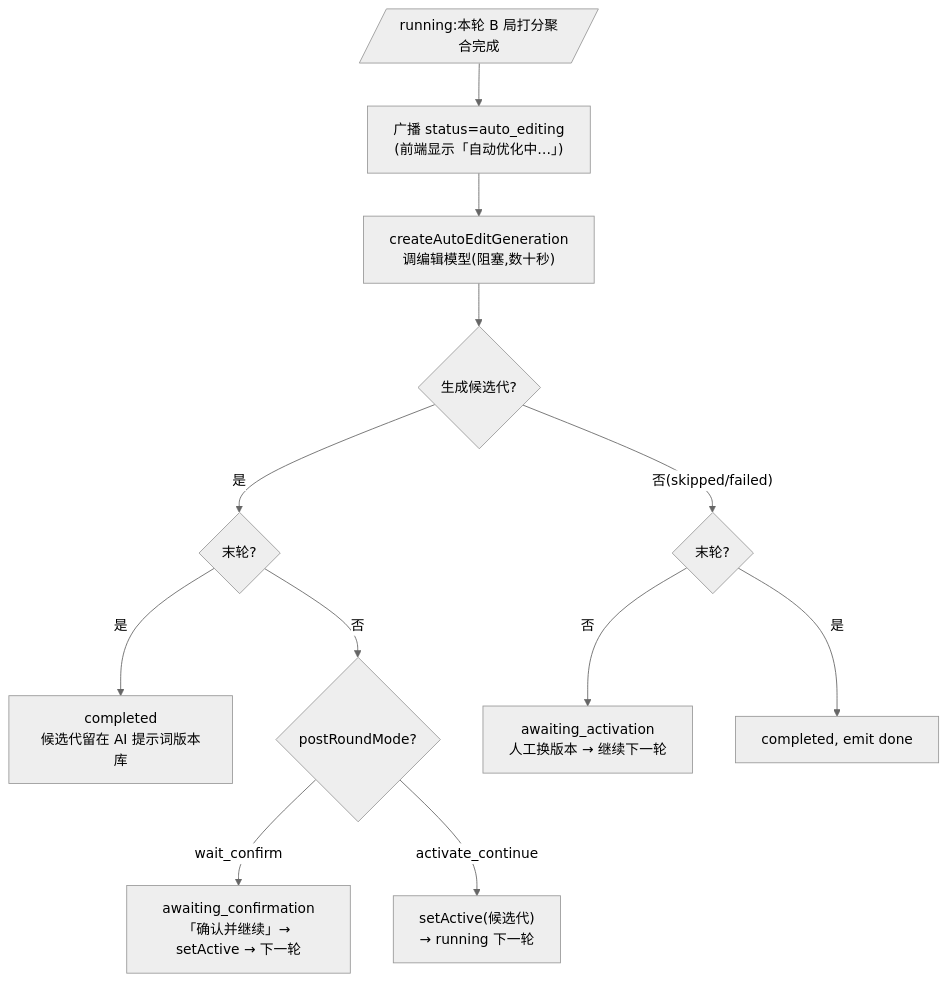
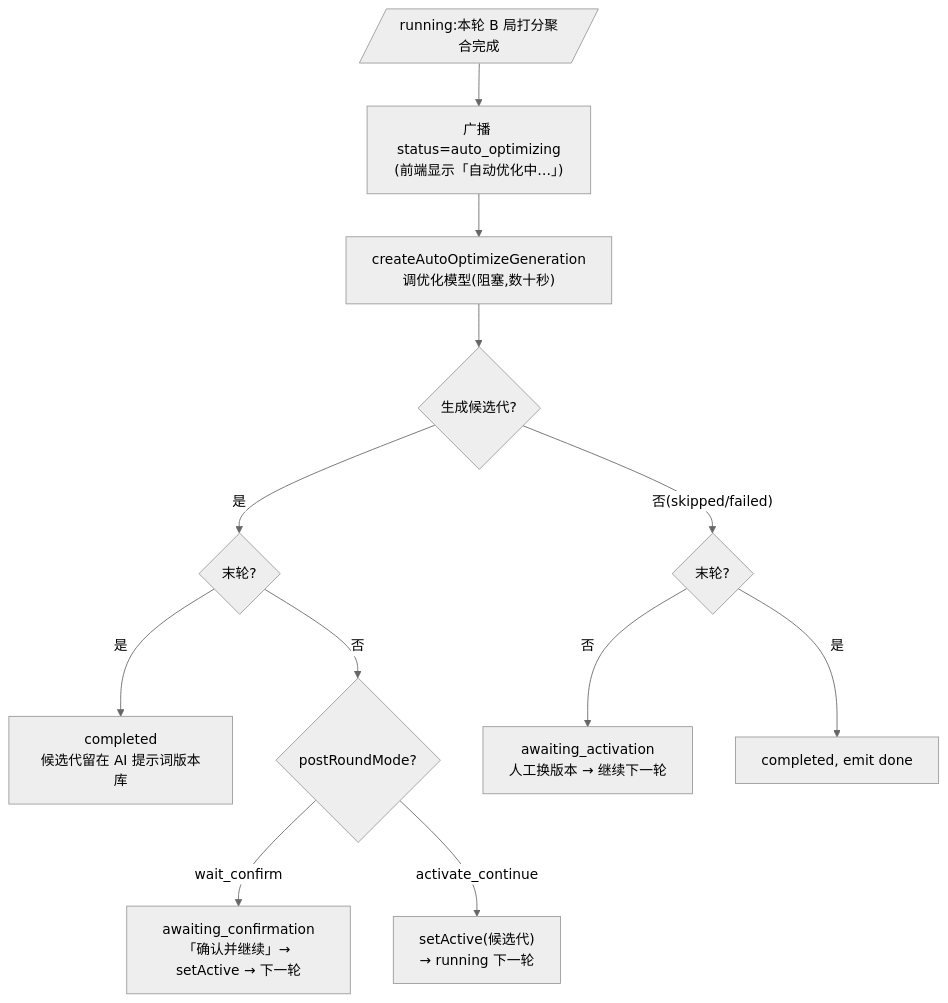
One commit to zhoutaoz99/who-is-the-ai changed the fifth of 7 diagrams in docs/ai-iteration/AI-Prompt-Eval-Flow.md. Above: the diagram before and after it, drawn with Mermaid (neutral theme). The commit also changed other lines of this file and 13 other files, not shown here.

````diff
--- a/docs/ai-iteration/AI-Prompt-Eval-Flow.md
+++ b/docs/ai-iteration/AI-Prompt-Eval-Flow.md
@@ -209,14 +209,14 @@
 ```mermaid
 flowchart TD
-  RUN[/"running:本轮 B 局打分聚合完成"/] --> AE["广播 status=auto_editing<br/>(前端显示「自动优化中…」)"]
-  AE --> CALL["createAutoEditGeneration<br/>调编辑模型(阻塞,数十秒)"]
+  RUN[/"running:本轮 B 局打分聚合完成"/] --> AE["广播 status=auto_optimizing<br/>(前端显示「自动优化中…」)"]
+  AE --> CALL["createAutoOptimizeGeneration<br/>调优化模型(阻塞,数十秒)"]
   CALL --> GOT{"生成候选代?"}
   GOT -- "否(skipped/failed)" --> NOCAND{"末轮?"}
   GOT -- 是 --> LAST{"末轮?"}
   LAST -- 是 --> DONECAND["completed<br/>候选代留在 AI 提示词版本库"]
   LAST -- 否 --> MODE{"postRoundMode?"}
   MODE -- wait_confirm --> CONFIRM["awaiting_confirmation<br/>「确认并继续」→ setActive → 下一轮"]
   MODE -- activate_continue --> AUTO["setActive(候选代)<br/>→ running 下一轮"]
   NOCAND -- 否 --> WAIT["awaiting_activation<br/>人工换版本 → 继续下一轮"]
   NOCAND -- 是 --> DONE["completed, emit done"]
 ```
````
